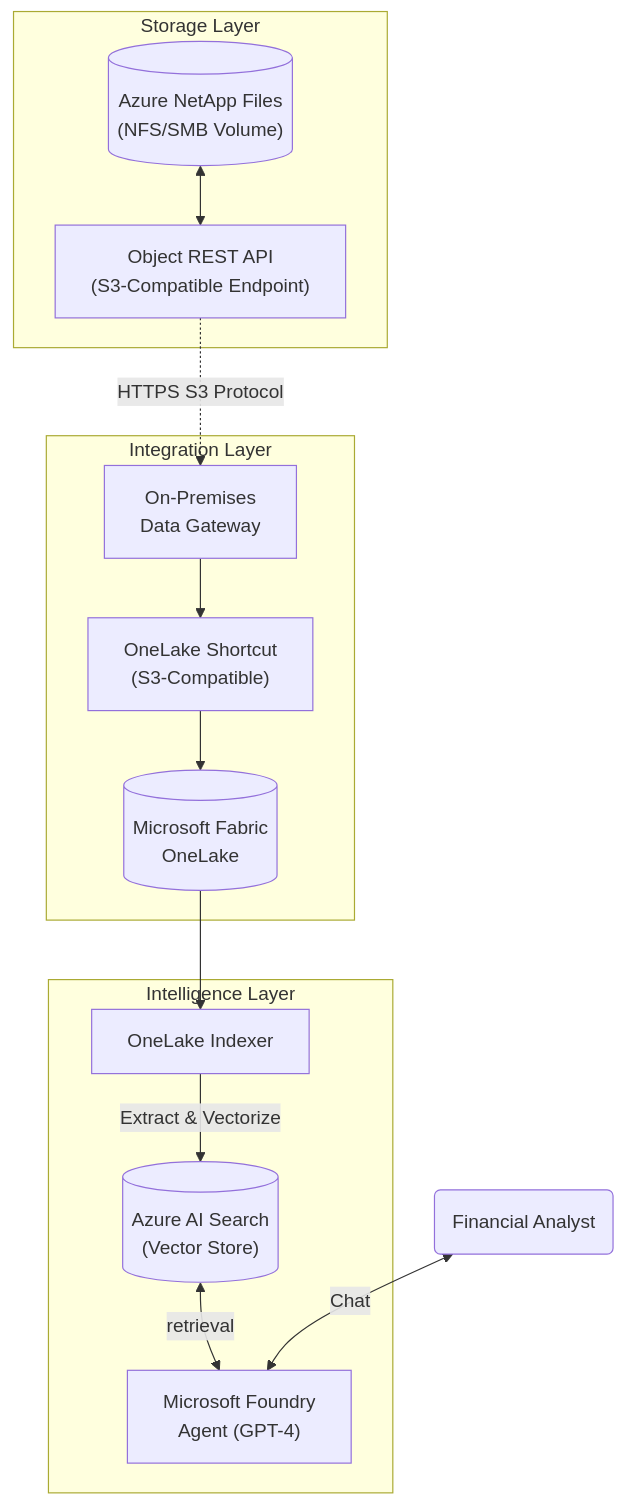
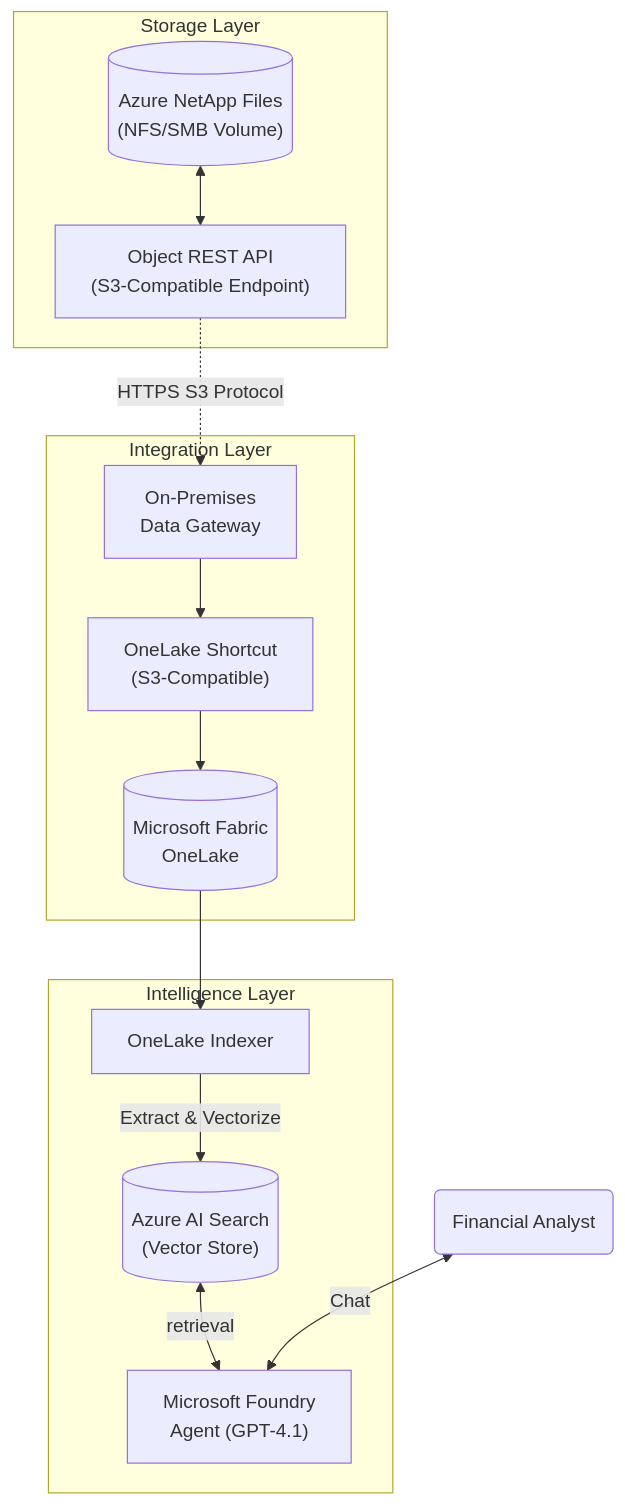
The diagram in lab_guide.md (DwirefS/ANF-OneLake-AIFoundry), drawn with Mermaid before and after one commit. The commit also changed other lines of this file and 4 other files, not shown here.

````diff
--- a/lab_guide.md
+++ b/lab_guide.md
@@ -31,30 +31,30 @@
 ```mermaid
 graph TD
     subgraph Storage [Storage Layer]
         ANF[("Azure NetApp Files\n(NFS/SMB Volume)")]
         ObjAPI["Object REST API\n(S3-Compatible Endpoint)"]
         ANF <--> ObjAPI
     end
 
     subgraph Integration [Integration Layer]
         Gateway["On-Premises\nData Gateway"]
         OneLake[("Microsoft Fabric\nOneLake")]
         Shortcut["OneLake Shortcut\n(S3-Compatible)"]
 
         ObjAPI -.->|HTTPS S3 Protocol| Gateway
         Gateway --> Shortcut
         Shortcut --> OneLake
     end
 
     subgraph Intelligence [Intelligence Layer]
         Indexer["OneLake Indexer"]
         AISearch[("Azure AI Search\n(Vector Store)")]
-        Agent["Microsoft Foundry\nAgent (GPT-4)"]
+        Agent["Microsoft Foundry\nAgent (GPT-4.1)"]
 
         OneLake --> Indexer
         Indexer -->|Extract & Vectorize| AISearch
         AISearch <-->|retrieval| Agent
     end
 
     User("Financial Analyst") <-->|Chat| Agent
 ```
````
